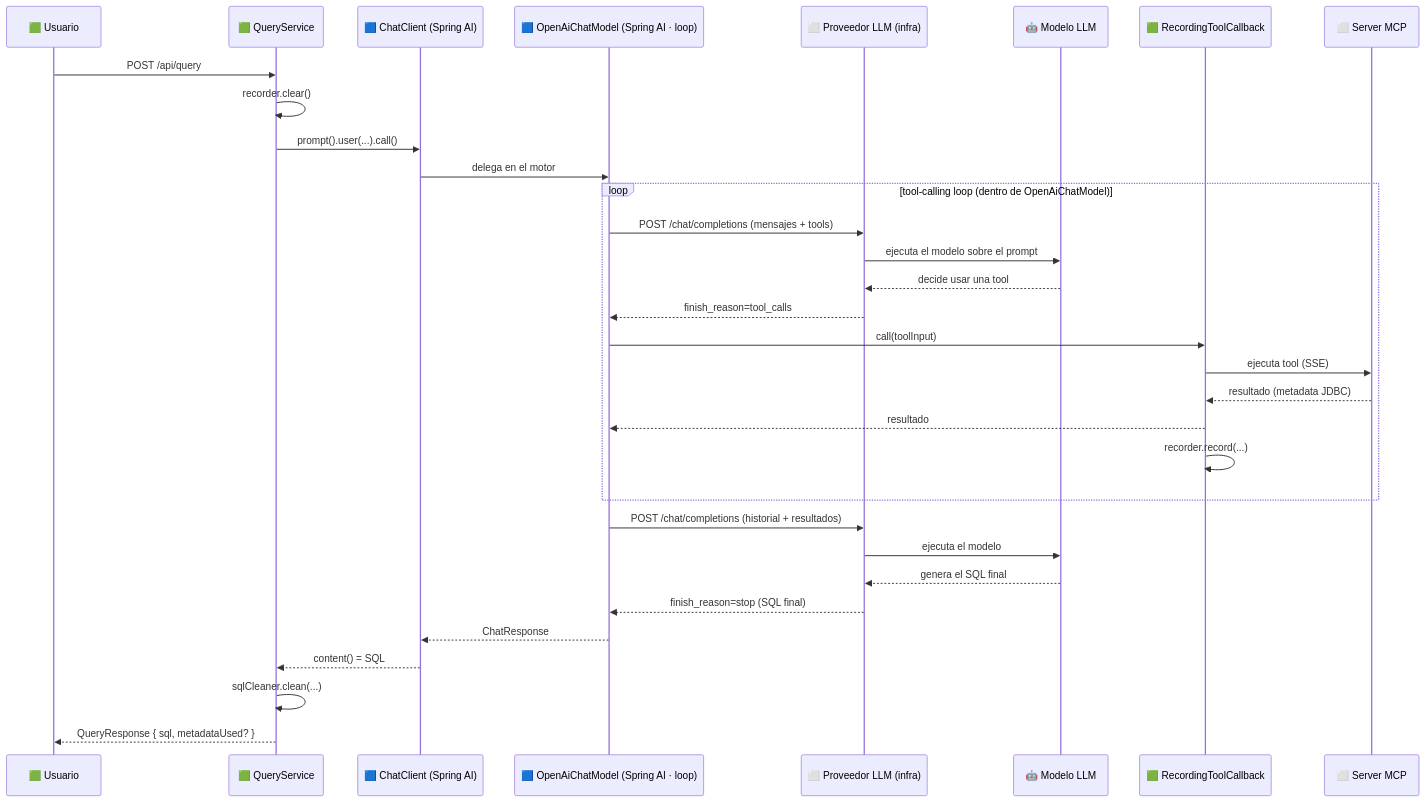
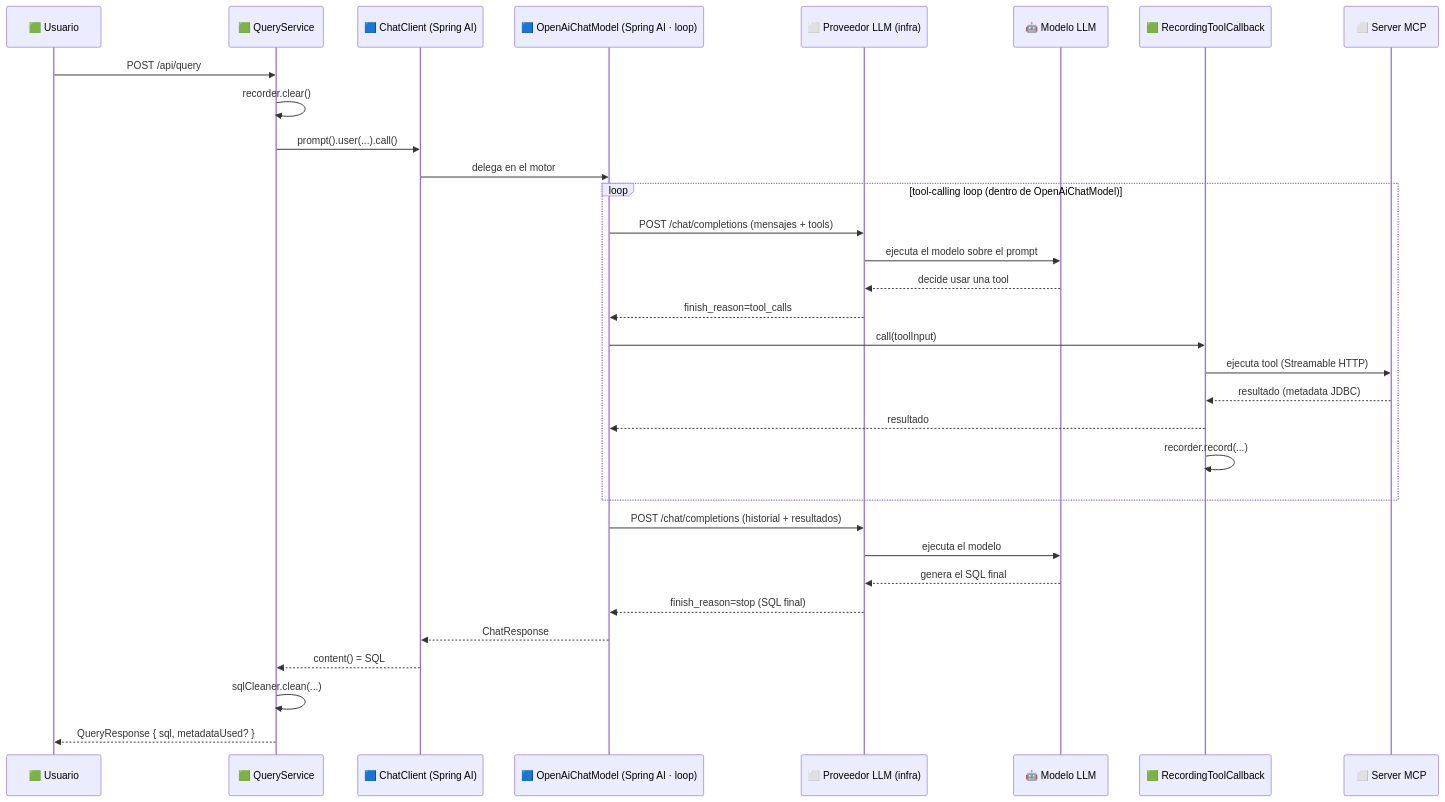
Before and after one commit to Gianni-Nicolas/MCP-capsule: the second of 6 diagrams in client/README.md, drawn with Mermaid. The commit also changed other lines of this file and 5 other files, not shown here.

Commit message:
refactor(mcp): migrate transport from HTTP+SSE to Streamable HTTP (Spring AI 2.0.1)

````diff
--- a/client/README.md
+++ b/client/README.md
@@ -125,37 +125,37 @@
 ```mermaid
 sequenceDiagram
     participant U as 🟩 Usuario
     participant S as 🟩 QueryService
     participant CC as 🟦 ChatClient (Spring AI)
     participant CM as 🟦 OpenAiChatModel (Spring AI · loop)
     participant P as ⬜ Proveedor LLM (infra)
     participant M as 🤖 Modelo LLM
     participant RC as 🟩 RecordingToolCallback
     participant MCP as ⬜ Server MCP
 
     U->>S: POST /api/query
     S->>S: recorder.clear()
     S->>CC: prompt().user(...).call()
     CC->>CM: delega en el motor
 
     loop tool-calling loop (dentro de OpenAiChatModel)
         CM->>P: POST /chat/completions (mensajes + tools)
         P->>M: ejecuta el modelo sobre el prompt
         M-->>P: decide usar una tool
         P-->>CM: finish_reason=tool_calls
         CM->>RC: call(toolInput)
-        RC->>MCP: ejecuta tool (SSE)
+        RC->>MCP: ejecuta tool (Streamable HTTP)
         MCP-->>RC: resultado (metadata JDBC)
         RC-->>CM: resultado
         RC->>RC: recorder.record(...)
     end
 
     CM->>P: POST /chat/completions (historial + resultados)
     P->>M: ejecuta el modelo
     M-->>P: genera el SQL final
     P-->>CM: finish_reason=stop (SQL final)
     CM-->>CC: ChatResponse
     CC-->>S: content() = SQL
     S->>S: sqlCleaner.clean(...)
     S-->>U: QueryResponse { sql, metadataUsed? }
 ```
````
